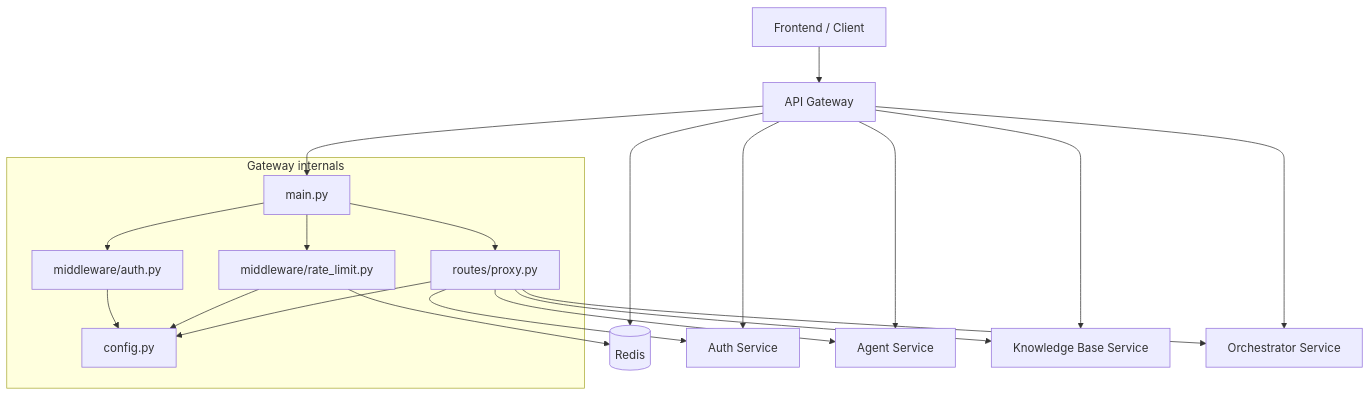
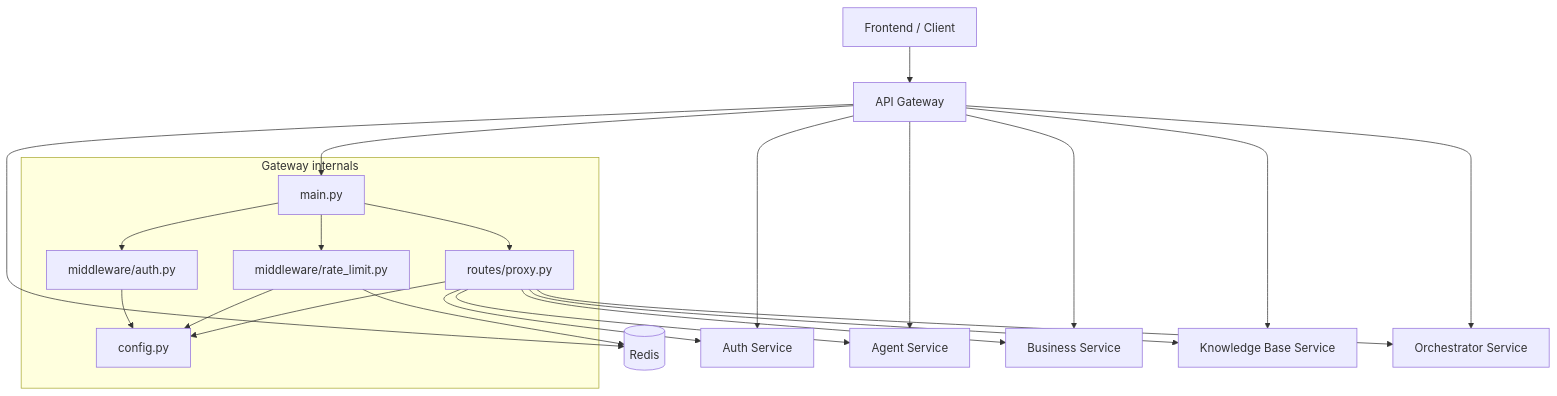
One commit to valiobar/agents changed the diagram in docs/services/gateway/dependency-graph.md. Above: the diagram before and after it, drawn with Mermaid. The commit also changed other lines of this file and 70 other files, not shown here.

First line of the commit message:
Update configurations and documentation for Business Service integration

````diff
--- a/docs/services/gateway/dependency-graph.md
+++ b/docs/services/gateway/dependency-graph.md
@@ -5,30 +5,32 @@
 ```mermaid
 graph TD
     Client["Frontend / Client"] --> Gateway["API Gateway"]
     Gateway --> Redis[("Redis")]
     Gateway --> Auth["Auth Service"]
     Gateway --> Agent["Agent Service"]
+    Gateway --> Business["Business Service"]
     Gateway --> Knowledge["Knowledge Base Service"]
     Gateway --> Orchestrator["Orchestrator Service"]
 
     subgraph internal ["Gateway internals"]
         Main["main.py"]
         AuthMW["middleware/auth.py"]
         RateMW["middleware/rate_limit.py"]
         Proxy["routes/proxy.py"]
         Config["config.py"]
     end
 
     Gateway --> Main
     Main --> AuthMW
     Main --> RateMW
     Main --> Proxy
     AuthMW --> Config
     RateMW --> Config
     RateMW --> Redis
     Proxy --> Config
     Proxy --> Auth
     Proxy --> Agent
+    Proxy --> Business
     Proxy --> Knowledge
     Proxy --> Orchestrator
 ```
````
